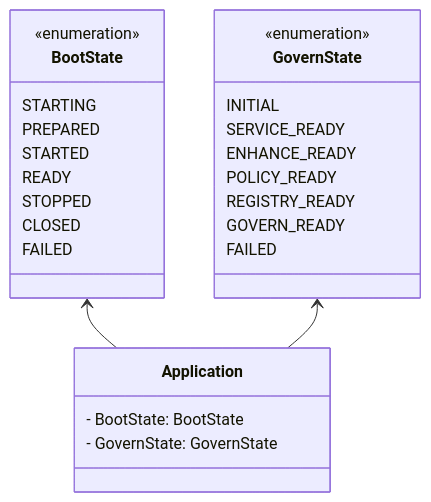
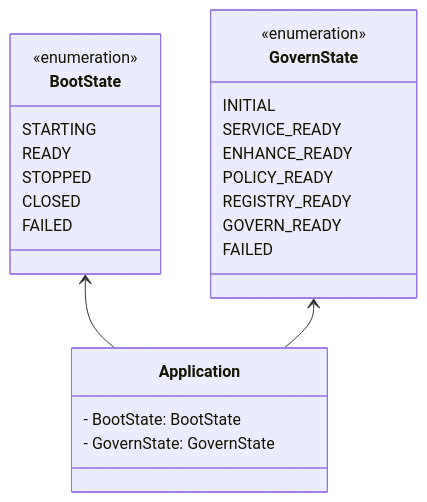
One commit to jd-opensource/joylive-agent changed the second of 7 diagrams in docs/cn/2.0/design.md. Above: the diagram before and after it, drawn with Mermaid. The commit also changed other lines of this file and 12 other files, not shown here.

````diff
--- a/docs/cn/2.0/design.md
+++ b/docs/cn/2.0/design.md
@@ -75,33 +75,31 @@
 ```mermaid
 classDiagram
     direction BT
     class BootState{
         <<enumeration>>
         STARTING
-        PREPARED
-        STARTED
         READY
         STOPPED
         CLOSED
         FAILED
     }
     class GovernState{
         <<enumeration>>
         INITIAL
         SERVICE_READY
         ENHANCE_READY
         POLICY_READY
         REGISTRY_READY
         GOVERN_READY
         FAILED
     }
     
     class Application{
         - BootState: BootState
         - GovernState: GovernState
     }
     
     Application --> BootState
     Application --> GovernState
 
 ```
````
